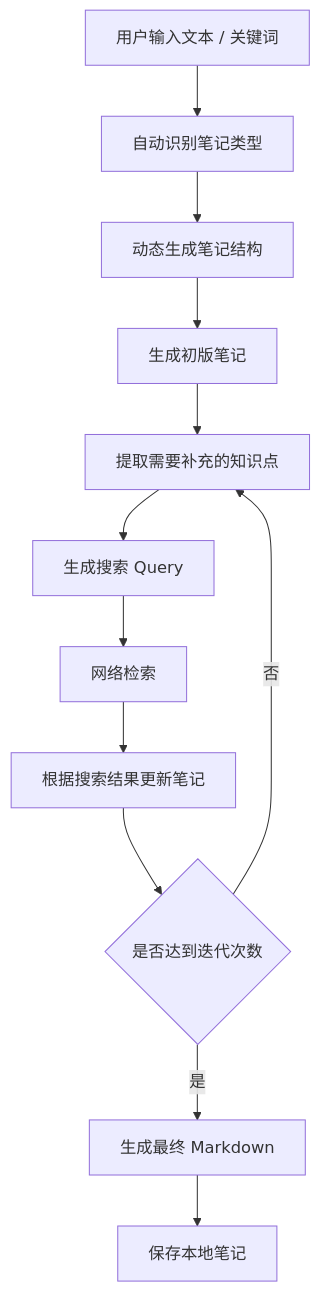
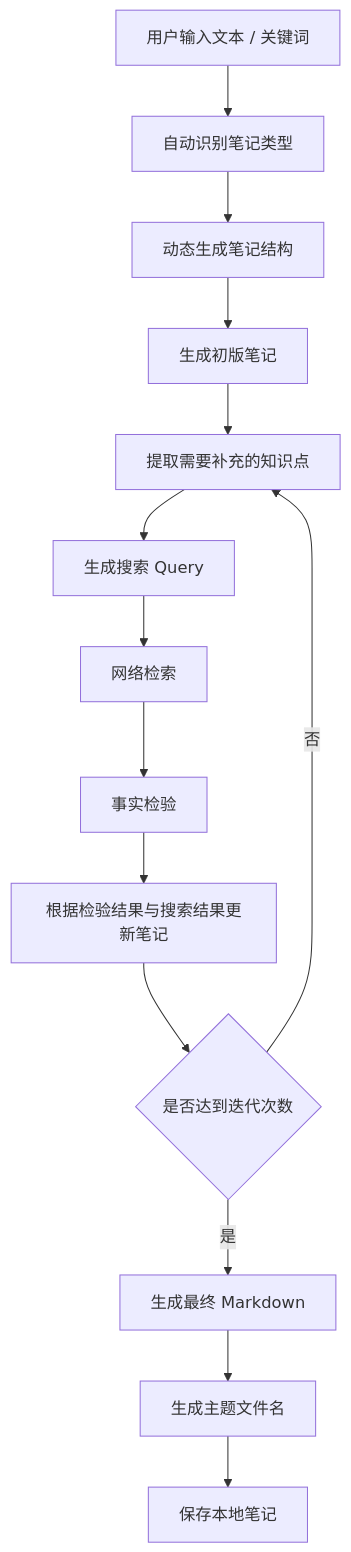
The diagram in README.md (lilBlil/note-agent), drawn with Mermaid before and after one commit. The commit also changed other lines of this file, not shown here.

````diff
--- a/README.md
+++ b/README.md
@@ -67,16 +89,17 @@
 ```mermaid
 flowchart TD
     A[用户输入文本 / 关键词] --> B[自动识别笔记类型]
     B --> C[动态生成笔记结构]
     C --> D[生成初版笔记]
     D --> E[提取需要补充的知识点]
     E --> F[生成搜索 Query]
     F --> G[网络检索]
-    G --> H[根据搜索结果更新笔记]
-    H --> I{是否达到迭代次数}
+    G --> H[事实检验]
+    H --> I[根据检验结果与搜索结果更新笔记]
+    I --> J{是否达到迭代次数}
 
-    I -- 否 --> E
-    I -- 是 --> J[生成最终 Markdown]
-
-    J --> K[保存本地笔记]
+    J -- 否 --> E
+    J -- 是 --> K[生成最终 Markdown]
+    K --> L[生成主题文件名]
+    L --> M[保存本地笔记]
 ```
````
